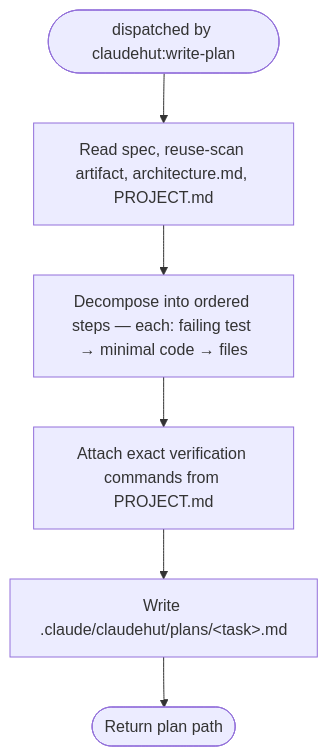
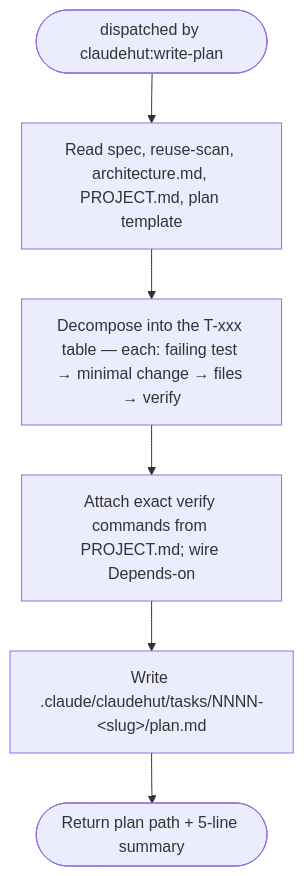
One commit to taipt1504/claudehut changed the diagram in agents/claudehut-planner.md. Above: the diagram before and after it, drawn with Mermaid. The commit also changed other lines of this file and 30 other files, not shown here.

````diff
--- a/agents/claudehut-planner.md
+++ b/agents/claudehut-planner.md
@@ -17,8 +18,8 @@
 ```mermaid
 flowchart TB
-    a([dispatched by claudehut:write-plan]) --> read["Read spec, reuse-scan artifact, architecture.md, PROJECT.md"]
-    read --> steps["Decompose into ordered steps — each: failing test → minimal code → files"]
-    steps --> verify["Attach exact verification commands from PROJECT.md"]
-    verify --> write["Write .claude/claudehut/plans/&lt;task&gt;.md"]
-    write --> out([Return plan path])
+    a([dispatched by claudehut:write-plan]) --> read["Read spec, reuse-scan, architecture.md, PROJECT.md, plan template"]
+    read --> steps["Decompose into the T-xxx table — each: failing test → minimal change → files → verify"]
+    steps --> verify["Attach exact verify commands from PROJECT.md; wire Depends-on"]
+    verify --> write["Write .claude/claudehut/tasks/NNNN-&lt;slug&gt;/plan.md"]
+    write --> out([Return plan path + 5-line summary])
 ```
````
